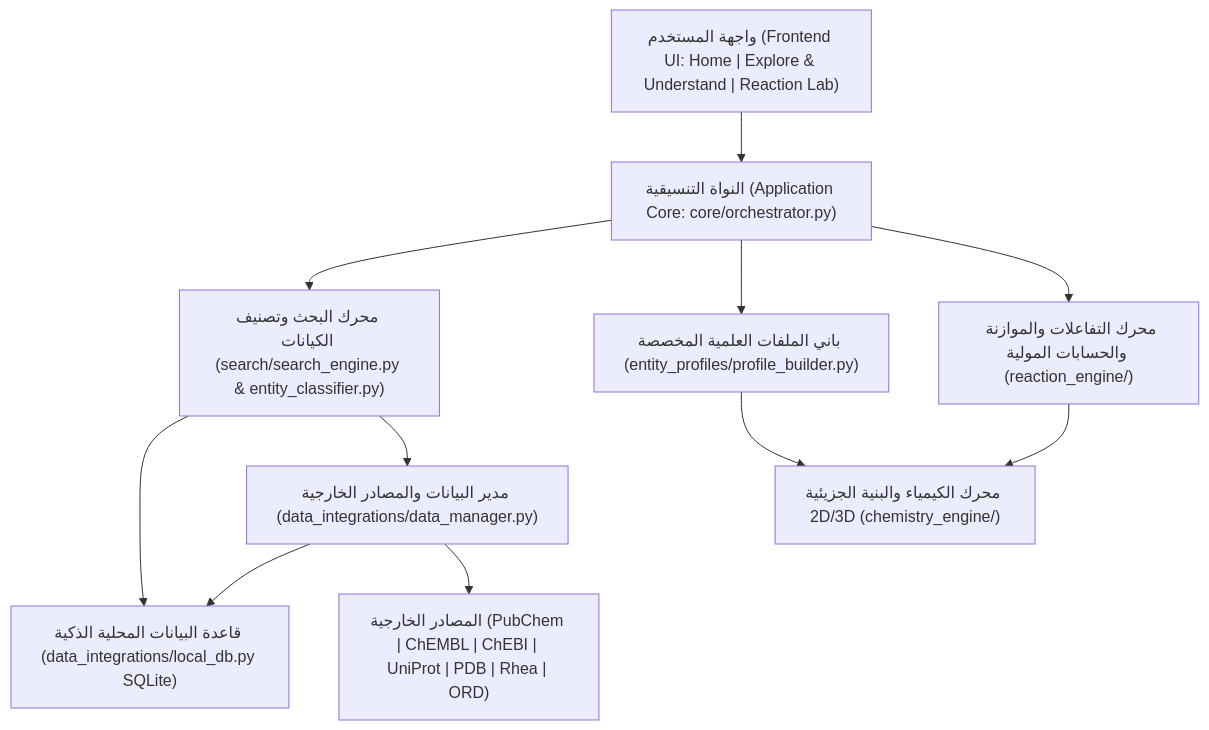
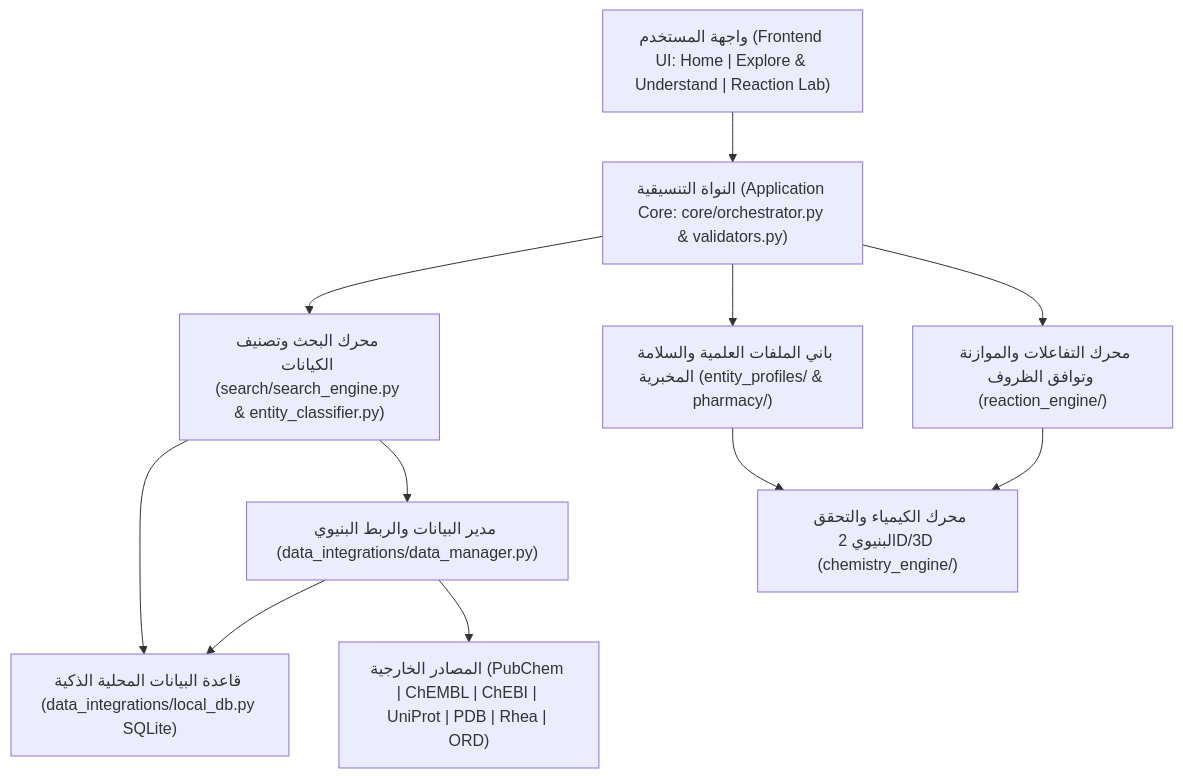
The diagram in README.md (a-muaafa/Moleculens-), drawn with Mermaid before and after one commit. The commit also changed other lines of this file and 30 other files, not shown here.

````diff
--- a/README.md
+++ b/README.md
@@ -85,23 +69,23 @@
 ```mermaid
 flowchart TD
     UI["واجهة المستخدم (Frontend UI: Home | Explore & Understand | Reaction Lab)"]
-    CORE["النواة التنسيقية (Application Core: core/orchestrator.py)"]
+    CORE["النواة التنسيقية (Application Core: core/orchestrator.py & validators.py)"]
     SRCH["محرك البحث وتصنيف الكيانات (search/search_engine.py & entity_classifier.py)"]
     LDB["قاعدة البيانات المحلية الذكية (data_integrations/local_db.py SQLite)"]
-    DM["مدير البيانات والمصادر الخارجية (data_integrations/data_manager.py)"]
-    PROF["باني الملفات العلمية المخصصة (entity_profiles/profile_builder.py)"]
-    CHEM["محرك الكيمياء والبنية الجزيئية 2D/3D (chemistry_engine/)"]
-    RXN["محرك التفاعلات والموازنة والحسابات المولية (reaction_engine/)"]
+    DM["مدير البيانات والربط البنيوي (data_integrations/data_manager.py)"]
+    PROF["باني الملفات العلمية والسلامة المخبرية (entity_profiles/ & pharmacy/)"]
+    CHEM["محرك الكيمياء والتحقق البنيوي 2D/3D (chemistry_engine/)"]
+    RXN["محرك التفاعلات والموازنة وتوافق الظروف (reaction_engine/)"]
     EXT["المصادر الخارجية (PubChem | ChEMBL | ChEBI | UniProt | PDB | Rhea | ORD)"]
 
     UI --> CORE
     CORE --> SRCH
     CORE --> PROF
     CORE --> RXN
     SRCH --> LDB
     SRCH --> DM
     DM --> LDB
     DM --> EXT
     PROF --> CHEM
     RXN --> CHEM
 ```
````
